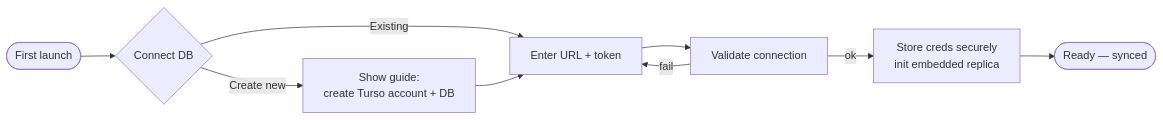
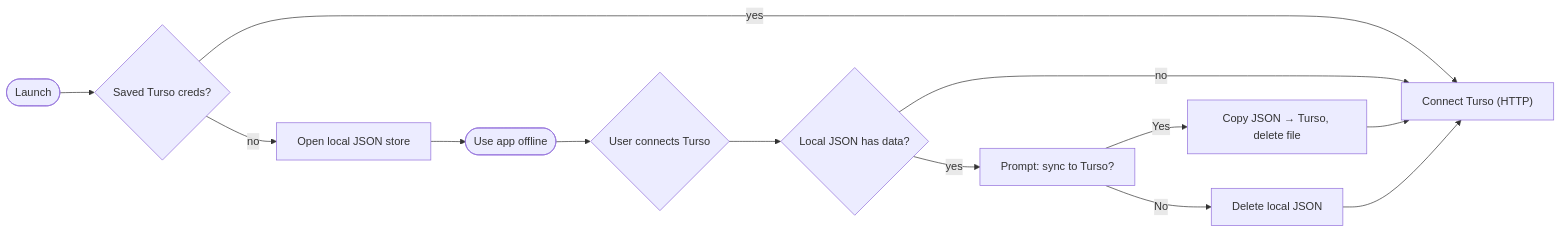
The third of 4 diagrams in docs/architecture.md (devravinder/project-trust-fund), drawn with Mermaid before and after one commit. The commit also changed other lines of this file and 5 other files, not shown here.

````diff
--- a/docs/architecture.md
+++ b/docs/architecture.md
@@ -44,11 +59,15 @@
 ```mermaid
 flowchart LR
-    Start(["First launch"]) --> Choice{"Connect DB"}
-    Choice -->|"Create new"| Guide["Show guide:<br/>create Turso account + DB"]
-    Choice -->|"Existing"| Enter["Enter URL + token"]
-    Guide --> Enter
-    Enter --> Validate["Validate connection"]
-    Validate -->|"ok"| Store["Store creds securely<br/>init embedded replica"]
-    Validate -->|"fail"| Enter
-    Store --> Ready(["Ready — synced"])
+    Start(["Launch"]) --> Saved{"Saved Turso creds?"}
+    Saved -->|"yes"| Turso["Connect Turso (HTTP)"]
+    Saved -->|"no"| Local["Open local JSON store"]
+    Local --> Use(["Use app offline"])
+    Use --> Connect{"User connects Turso"}
+    Connect --> HasData{"Local JSON has data?"}
+    HasData -->|"yes"| Prompt["Prompt: sync to Turso?"]
+    Prompt -->|"Yes"| Migrate["Copy JSON → Turso, delete file"]
+    Prompt -->|"No"| Discard["Delete local JSON"]
+    HasData -->|"no"| Turso
+    Migrate --> Turso
+    Discard --> Turso
 ```
````
